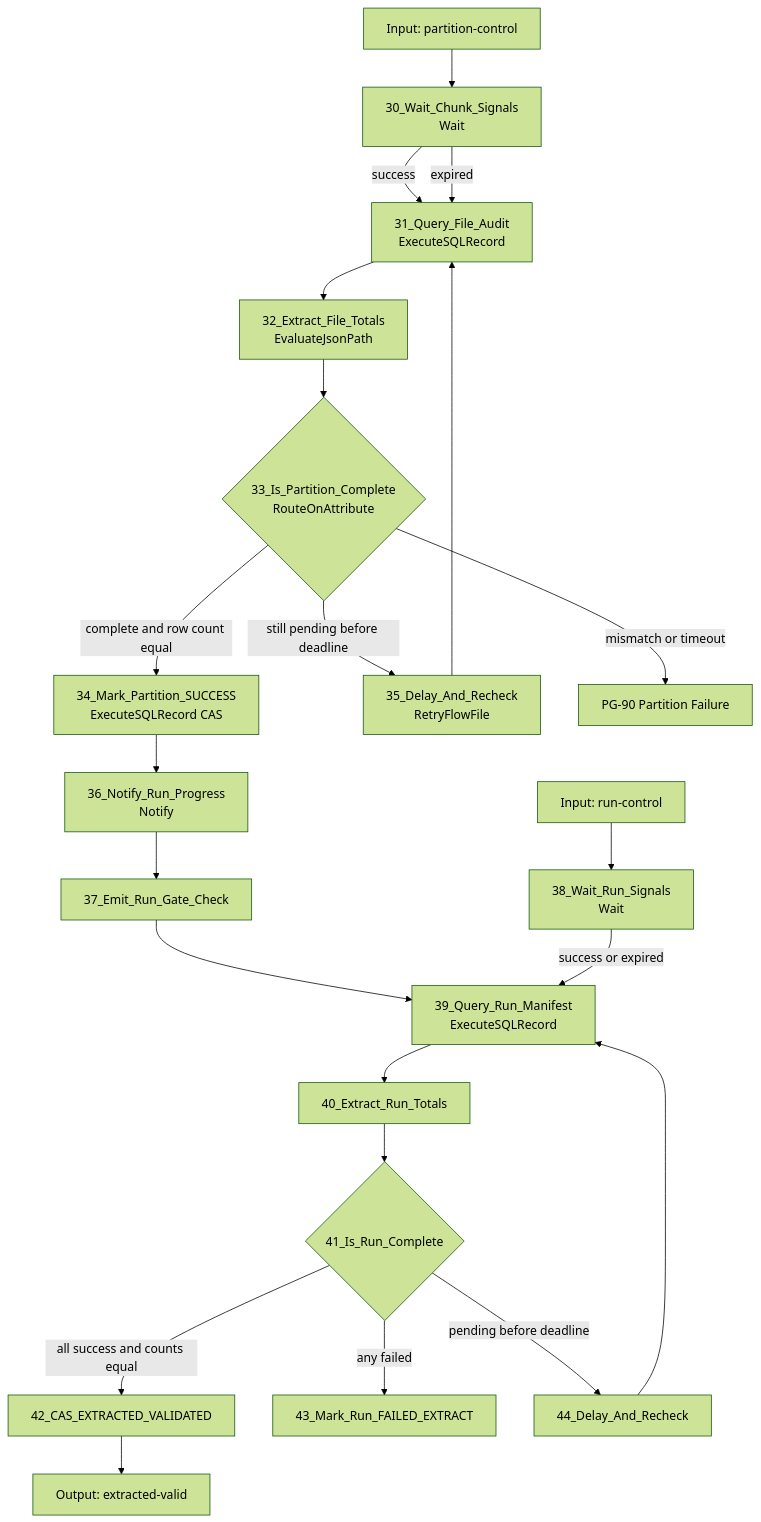
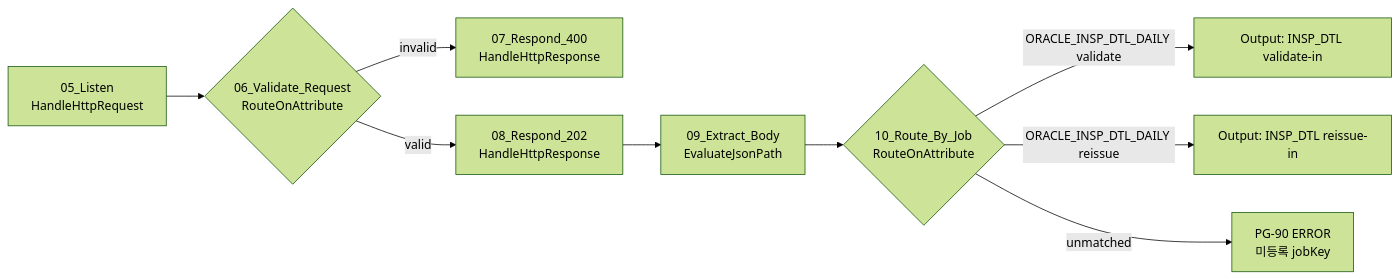
The eighth of 13 diagrams in nifi-sqoop-removal-guide.md (DataDynamics/nifi-sqoop-removal), drawn with Mermaid (forest theme) before and after one commit. The commit also changed other lines of this file and 3 other files, not shown here.

````diff
--- a/nifi-sqoop-removal-guide.md
+++ b/nifi-sqoop-removal-guide.md
@@ -1035,25 +1204,11 @@
 ```mermaid
-flowchart TD
-    PC[Input: partition-control] --> W[30_Wait_Chunk_Signals<br/>Wait]
-    W -->|success| Q[31_Query_File_Audit<br/>ExecuteSQLRecord]
-    W -->|expired| Q
-    Q --> E[32_Extract_File_Totals<br/>EvaluateJsonPath]
-    E --> R{33_Is_Partition_Complete<br/>RouteOnAttribute}
-    R -->|complete and row count equal| S[34_Mark_Partition_SUCCESS<br/>ExecuteSQLRecord CAS]
-    R -->|still pending before deadline| D[35_Delay_And_Recheck<br/>RetryFlowFile]
-    D --> Q
-    R -->|mismatch or timeout| F[PG-90 Partition Failure]
-    S --> N[36_Notify_Run_Progress<br/>Notify]
-    N --> RG[37_Emit_Run_Gate_Check]
-
-    RC[Input: run-control] --> RW[38_Wait_Run_Signals<br/>Wait]
-    RG --> RQ[39_Query_Run_Manifest<br/>ExecuteSQLRecord]
-    RW -->|success or expired| RQ
-    RQ --> RE[40_Extract_Run_Totals]
-    RE --> RR{41_Is_Run_Complete}
-    RR -->|all success and counts equal| SU[42_CAS_EXTRACTED_VALIDATED]
-    RR -->|any failed| RF[43_Mark_Run_FAILED_EXTRACT]
-    RR -->|pending before deadline| RP[44_Delay_And_Recheck]
-    RP --> RQ
-    SU --> OUT[Output: extracted-valid]
+flowchart LR
+    L[05_Listen<br/>HandleHttpRequest] --> V{06_Validate_Request<br/>RouteOnAttribute}
+    V -->|invalid| R4[07_Respond_400<br/>HandleHttpResponse]
+    V -->|valid| R2[08_Respond_202<br/>HandleHttpResponse]
+    R2 --> J[09_Extract_Body<br/>EvaluateJsonPath]
+    J --> RT{10_Route_By_Job<br/>RouteOnAttribute}
+    RT -->|ORACLE_INSP_DTL_DAILY validate| P1[Output: INSP_DTL validate-in]
+    RT -->|ORACLE_INSP_DTL_DAILY reissue| P2[Output: INSP_DTL reissue-in]
+    RT -->|unmatched| E[PG-90 ERROR<br/>미등록 jobKey]
 ```
````
